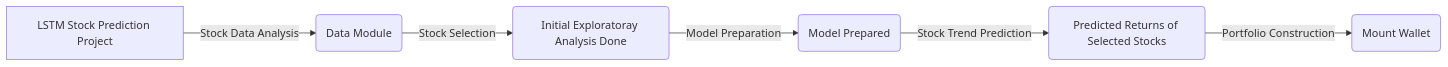
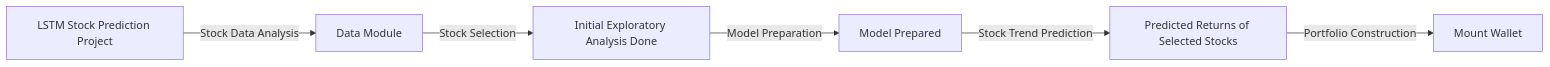
Before and after one commit to fico-ita/template_python: the diagram in docs/index.md, drawn with Mermaid.

Commit message:
refactor: mermaid diagram format change

````diff
--- a/docs/index.md
+++ b/docs/index.md
@@ -25,8 +25,8 @@
 ```mermaid
 flowchart LR
-    A[LSTM Stock Prediction Project] -->|Stock Data Analysis| B(Data Module);
-    B -->|Stock Selection| C(Initial Exploratoray Analysis Done);
-    C -->|Model Preparation| D(Model Prepared);
-    D -->|Stock Trend Prediction| E(Predicted Returns of Selected Stocks);
-    E -->|Portfolio Construction| F(Mount Wallet);
+    A[LSTM Stock Prediction Project] -->|Stock Data Analysis| B[Data Module];
+    B -->|Stock Selection| C[Initial Exploratory Analysis Done];
+    C -->|Model Preparation| D[Model Prepared];
+    D -->|Stock Trend Prediction| E[Predicted Returns of Selected Stocks];
+    E -->|Portfolio Construction| F[Mount Wallet];
 ```
````
